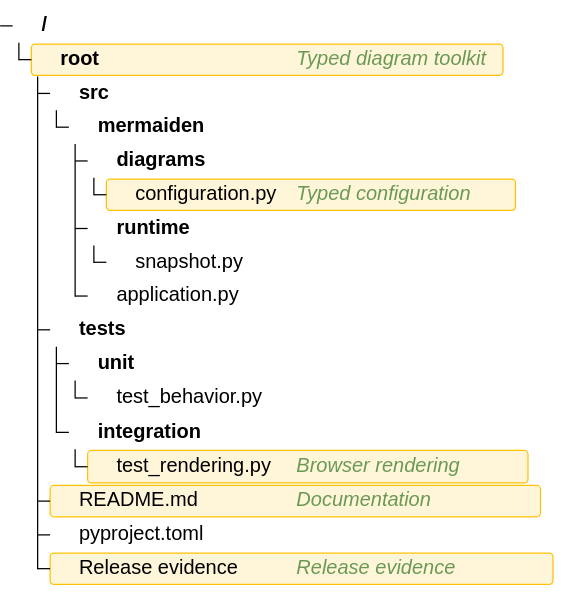
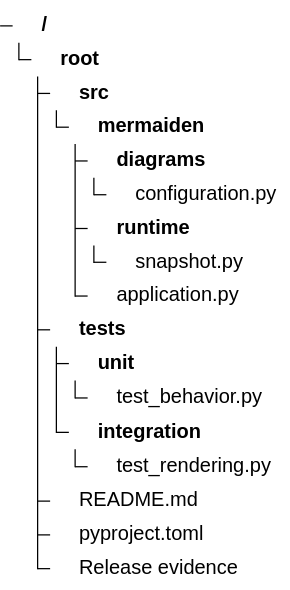
The diagram in docs/contracts/configuration-rendering/sources/treeView-beta.mmd (szpak-dev/mermaiden), drawn with Mermaid before and after one commit. The commit also changed 151 other files, not shown here.

```diff
--- a/docs/contracts/configuration-rendering/sources/treeView-beta.mmd
+++ b/docs/contracts/configuration-rendering/sources/treeView-beta.mmd
@@ -1,22 +1,22 @@
 ---
 config:
   wrap: true
   treeView: {"useWidth": 960.0, "useMaxWidth": true, "theme": "default", "look": "classic", "layout": "dagre", "rowIndent": 10.0, "paddingX": 5.0, "paddingY": 5.0, "lineThickness": 1.0, "showIcons": true, "defaultIconPack": "", "filenameIcons": {"README.md": "file"}, "extensionIcons": {"py": "file"}}
 ---
 treeView-beta
-root/ :::highlight icon(folder) ## Typed diagram toolkit
-  src/ icon(folder)
+root/
+  src/
     mermaiden/
       diagrams/
-        configuration.py :::highlight icon(file) ## Typed configuration
+        configuration.py
       runtime/
         snapshot.py
       application.py
-  tests/ icon(folder)
+  tests/
     unit/
       test_behavior.py
     integration/
-      test_rendering.py :::highlight icon(file) ## Browser rendering
-  README.md :::highlight ## Documentation
+      test_rendering.py
+  README.md
   pyproject.toml
-  Release evidence :::highlight ## Release evidence
+  Release evidence
```
